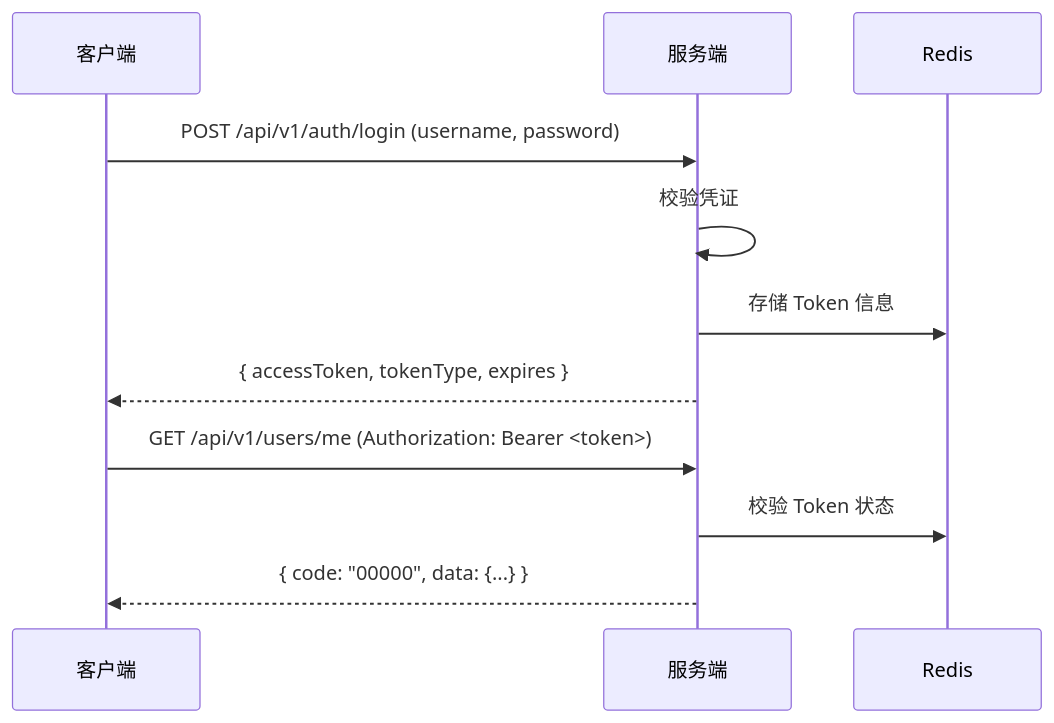
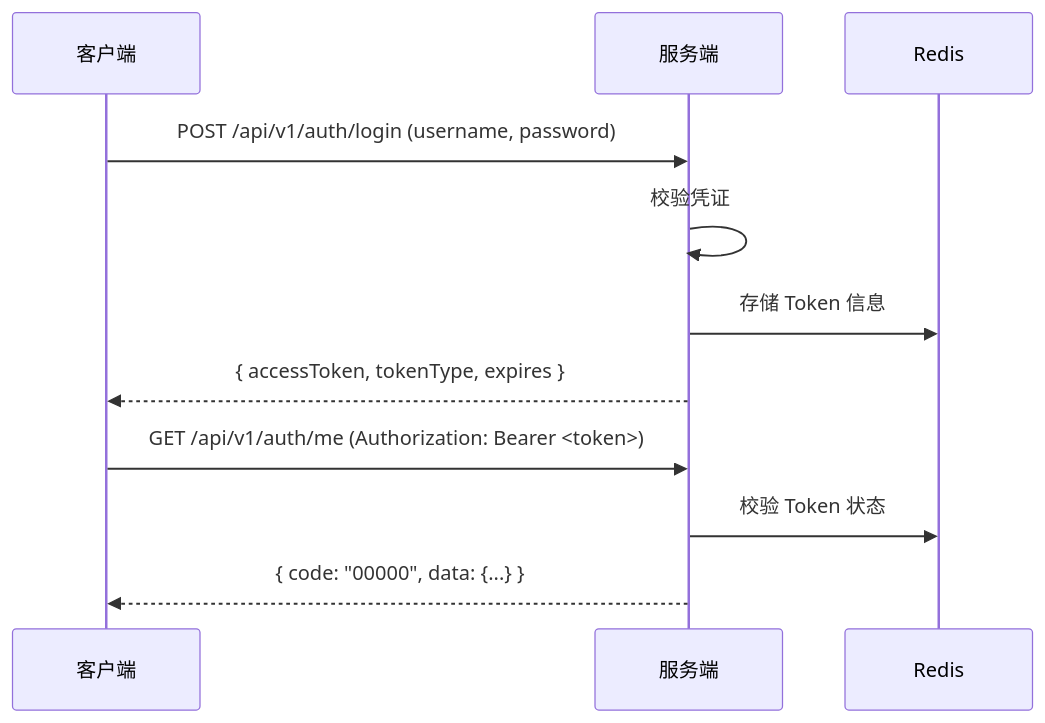
The diagram in dehaze-doc/docs/02-系统架构/04-API规范.md (earthy-zinc/dehaze-system), drawn with Mermaid before and after one commit. The commit also changed other lines of this file and 57 other files, not shown here.

````diff
--- a/dehaze-doc/docs/02-系统架构/04-API规范.md
+++ b/dehaze-doc/docs/02-系统架构/04-API规范.md
@@ -356,15 +356,15 @@
 ```mermaid
 sequenceDiagram
     participant Client as 客户端
     participant Server as 服务端
     participant Redis as Redis
 
     Client->>Server: POST /api/v1/auth/login (username, password)
     Server->>Server: 校验凭证
     Server->>Redis: 存储 Token 信息
     Server-->>Client: { accessToken, tokenType, expires }
     
-    Client->>Server: GET /api/v1/users/me (Authorization: Bearer <token>)
+    Client->>Server: GET /api/v1/auth/me (Authorization: Bearer <token>)
     Server->>Redis: 校验 Token 状态
     Server-->>Client: { code: "00000", data: {...} }
 ```
````
